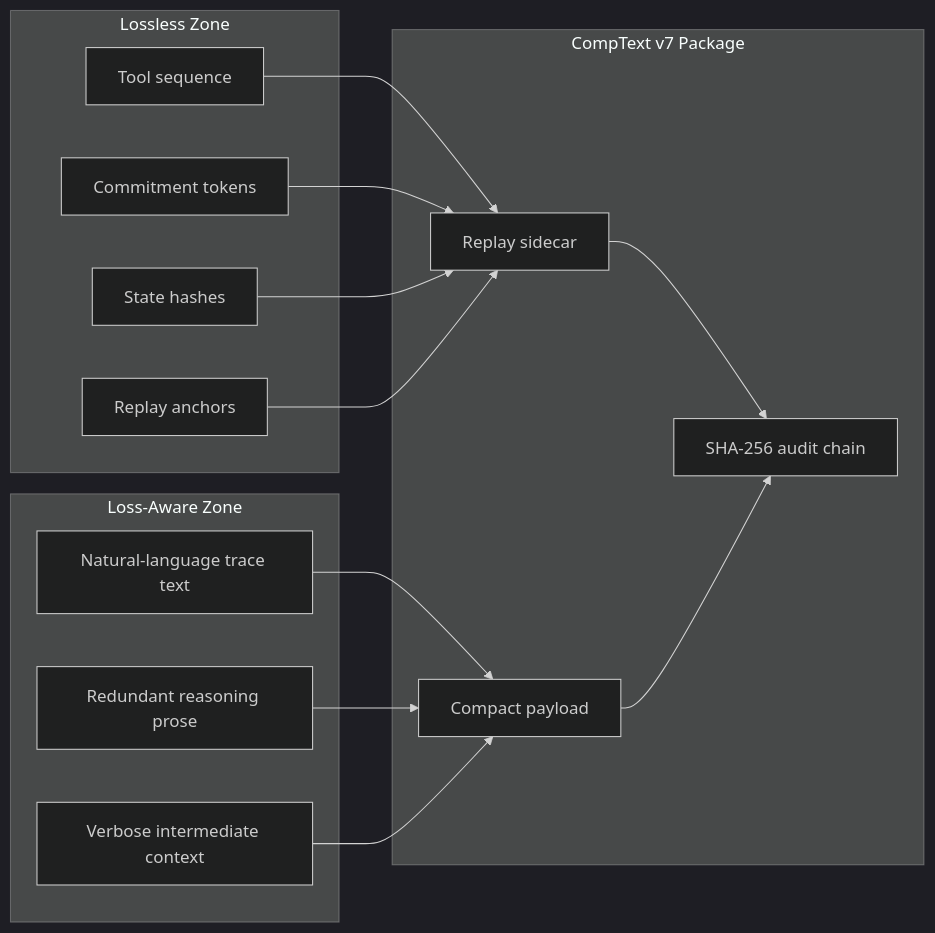
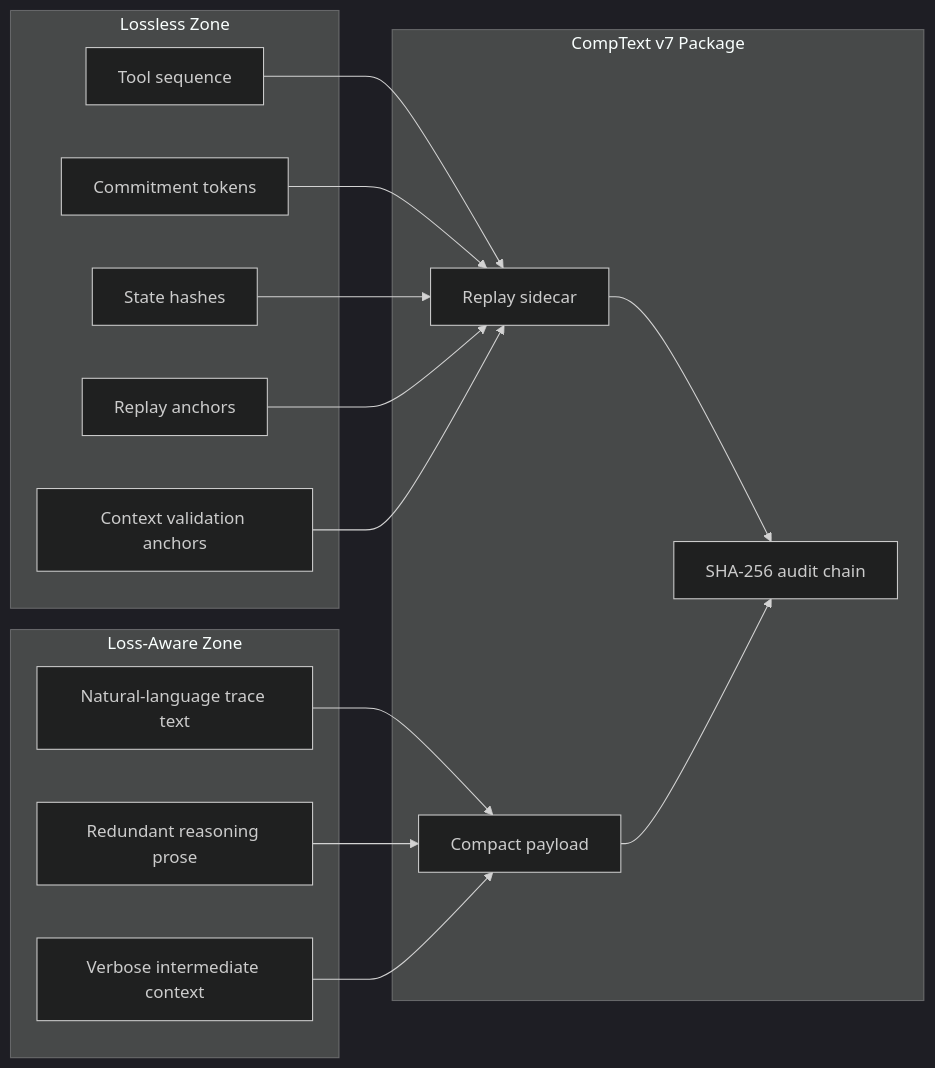
The second of 2 diagrams in README.md (ProfRandom92/Antigravity-Comptextv7), drawn with Mermaid (dark theme) before and after one commit. The commit also changed other lines of this file, not shown here.

Commit message:
docs(readme): document SPARK operational context layer

````diff
--- a/README.md
+++ b/README.md
@@ -204,33 +198,33 @@
 ```mermaid
 flowchart LR
     subgraph lossy["Loss-Aware Zone"]
         A["Natural-language trace text"]
         B["Redundant reasoning prose"]
         C["Verbose intermediate context"]
     end
 
     subgraph lossless["Lossless Zone"]
         D["Tool sequence"]
         E["Commitment tokens"]
         F["State hashes"]
         G["Replay anchors"]
+        H["Context validation anchors"]
     end
 
     subgraph output["CompText v7 Package"]
-        H["Compact payload"]
-        I["Replay sidecar"]
-        J["SHA-256 audit chain"]
+        I["Compact payload"]
+        J["Replay sidecar"]
+        K["SHA-256 audit chain"]
     end
 
-    A --> H
-    B --> H
-    C --> H
-
-    D --> I
-    E --> I
-    F --> I
-    G --> I
-
-    I --> J
+    A --> I
+    B --> I
+    C --> I
+    D --> J
+    E --> J
+    F --> J
+    G --> J
     H --> J
+    J --> K
+    I --> K
 ```
````
